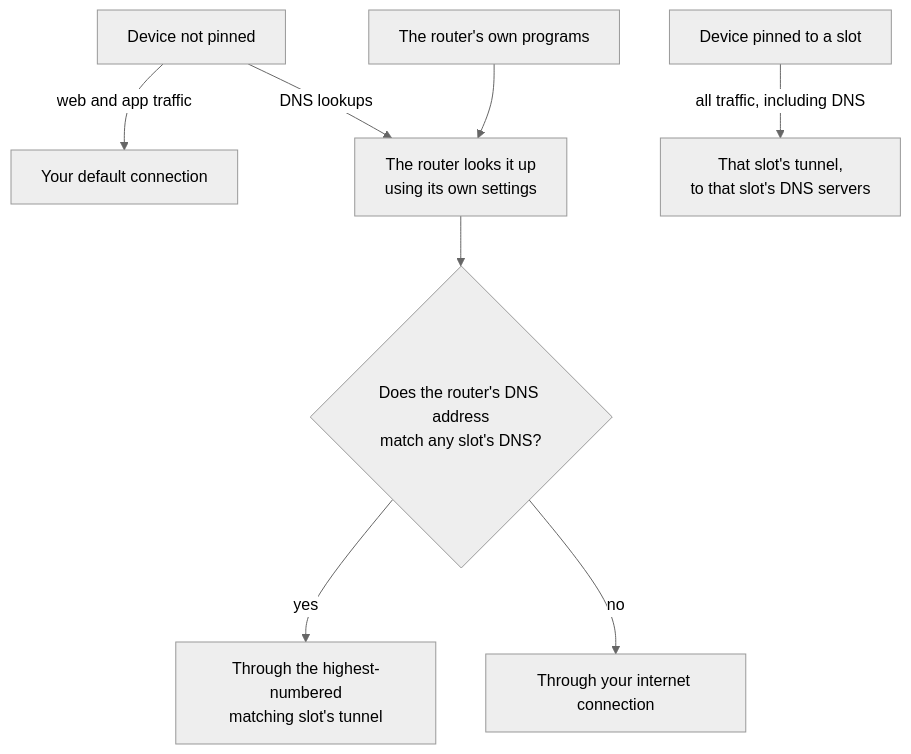
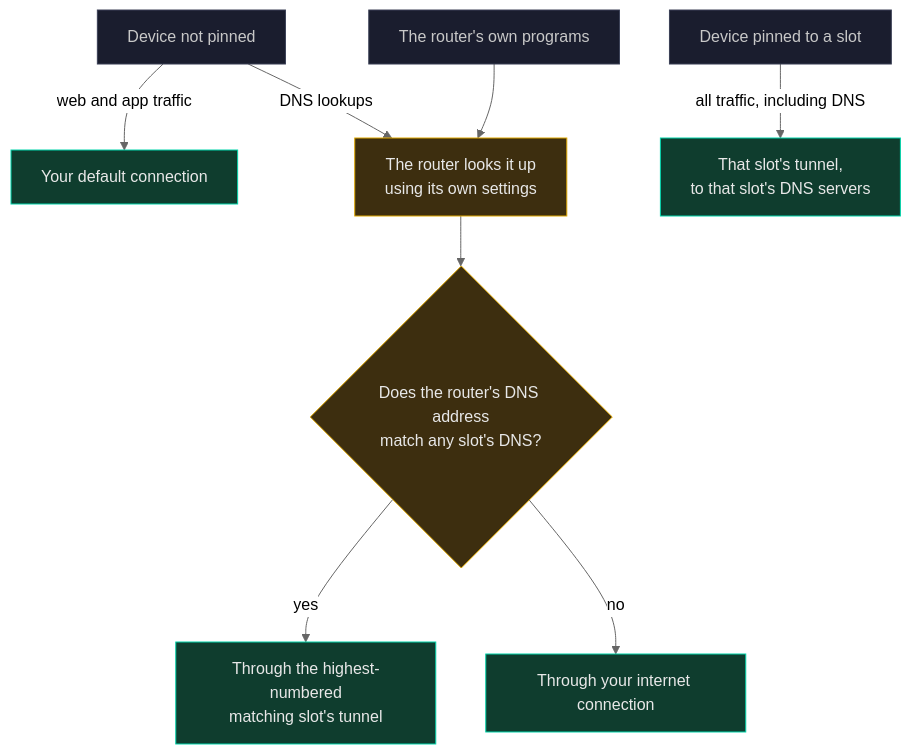
Before and after one commit to ExponentiallyDigital/cfg-pia-wg: the first of 5 diagrams in ROUTER-DNS.md, drawn with Mermaid (neutral theme). The commit also changed other lines of this file and 40 other files, not shown here.

````diff
--- a/ROUTER-DNS.md
+++ b/ROUTER-DNS.md
@@ -32,10 +32,18 @@
 ```mermaid
 flowchart TB
   U["Device not pinned"] -- "web and app traffic" --> DC["Your default connection"]
   U -- "DNS lookups" --> R["The router looks it up<br/>using its own settings"]
   RP["The router's own programs"] --> R
   R --> Q{"Does the router's DNS address<br/>match any slot's DNS?"}
   Q -- "yes" --> HS["Through the highest-numbered<br/>matching slot's tunnel"]
   Q -- "no" --> NET["Through your internet connection"]
   P["Device pinned to a slot"] -- "all traffic, including DNS" --> PS["That slot's tunnel,<br/>to that slot's DNS servers"]
+
+  classDef go fill:#0F3D2E,stroke:#00D4AA,color:#E8E8E8
+  classDef bad fill:#3D1A1A,stroke:#E05252,color:#E8E8E8
+  classDef work fill:#3D2E0F,stroke:#E0A800,color:#E8E8E8
+  classDef step fill:#1A1D2E,stroke:#3A3F55,color:#C8C8C8
+  class U,P,RP step
+  class R,Q work
+  class DC,HS,NET,PS go
 ```
````
